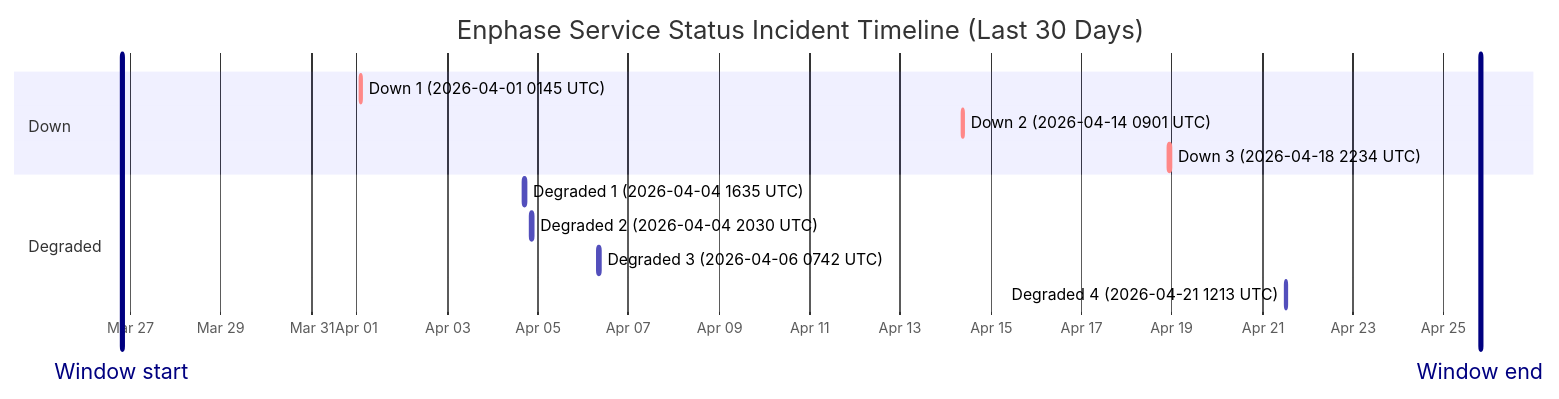
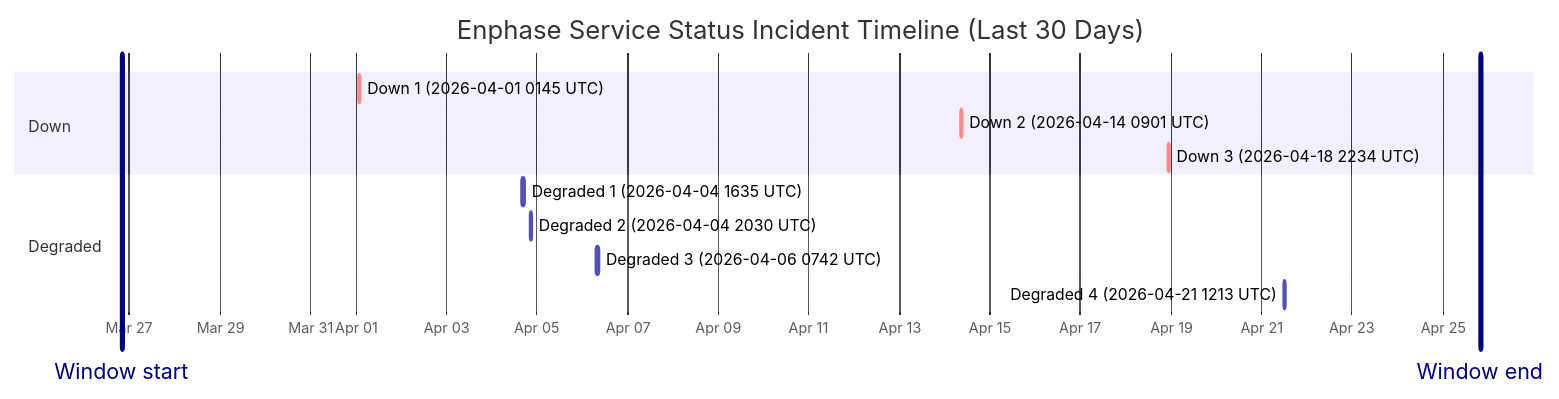
Before and after one commit to barneyonline/ha-enphase-ev-charger: the diagram in wiki/Service-Status-History.md, drawn with Mermaid. The commit also changed other lines of this file and 3 other files, not shown here.

````diff
--- a/wiki/Service-Status-History.md
+++ b/wiki/Service-Status-History.md
@@ -14,17 +14,17 @@
 ```mermaid
 gantt
     title Enphase Service Status Incident Timeline (Last 30 Days)
     dateFormat  YYYY-MM-DDTHH:mm:ss
     axisFormat  %b %d
-    Window start :vert, window-start, 2026-03-26T19:25:16, 0ms
-    Window end :vert, window-end, 2026-04-25T19:25:16, 0ms
+    Window start :vert, window-start, 2026-03-26T20:01:14, 0ms
+    Window end :vert, window-end, 2026-04-25T20:01:14, 0ms
     section Down
     Down 1 (2026-04-01 0145 UTC) :crit, down-1, 2026-04-01T01:45:09, 60m
     Down 2 (2026-04-14 0901 UTC) :crit, down-2, 2026-04-14T09:01:13, 60m
     Down 3 (2026-04-18 2234 UTC) :crit, down-3, 2026-04-18T22:34:13, 60m
     section Degraded
     Degraded 1 (2026-04-04 1635 UTC) :active, degraded-1, 2026-04-04T16:35:17, 60m
     Degraded 2 (2026-04-04 2030 UTC) :active, degraded-2, 2026-04-04T20:30:40, 60m
     Degraded 3 (2026-04-06 0742 UTC) :active, degraded-3, 2026-04-06T07:42:09, 85m
     Degraded 4 (2026-04-21 1213 UTC) :active, degraded-4, 2026-04-21T12:13:11, 60m
 ```
````
